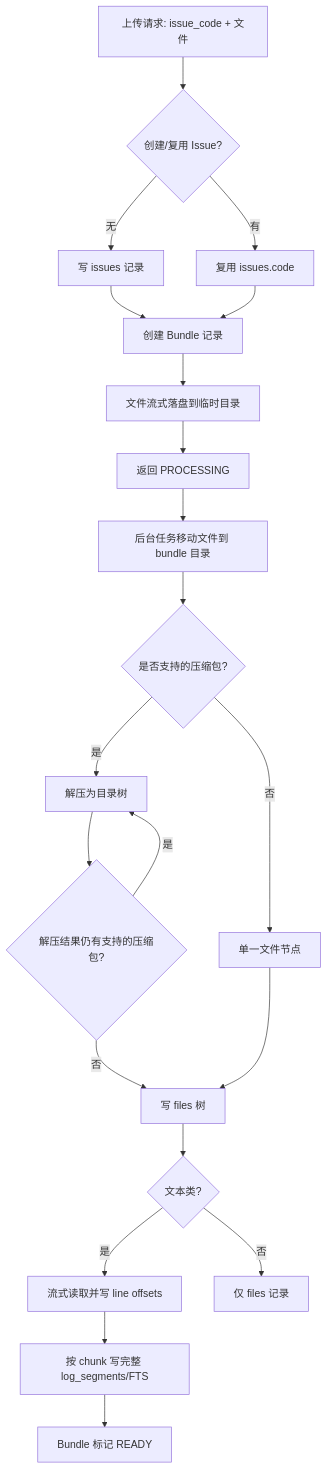
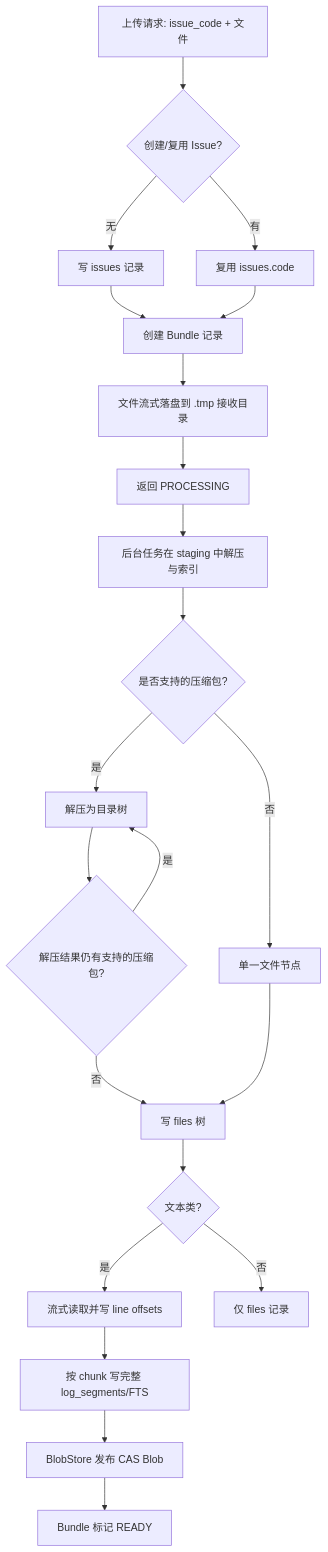
The diagram in doc/DB.md (SwartzMss/Rain), drawn with Mermaid before and after one commit. The commit also changed other lines of this file and 6 other files, not shown here.

````diff
--- a/doc/DB.md
+++ b/doc/DB.md
@@ -132,23 +132,24 @@
 ```mermaid
 flowchart TD
     A[上传请求: issue_code + 文件] --> B{创建/复用 Issue?}
     B -->|无| C[写 issues 记录]
     B -->|有| D[复用 issues.code]
     C --> E[创建 Bundle 记录]
     D --> E
-    E --> F[文件流式落盘到临时目录]
+    E --> F[文件流式落盘到 .tmp 接收目录]
     F --> G[返回 PROCESSING]
-    G --> H[后台任务移动文件到 bundle 目录]
+    G --> H[后台任务在 staging 中解压与索引]
     H --> I{是否支持的压缩包?}
     I -->|是| J[解压为目录树]
     I -->|否| K[单一文件节点]
     J --> J1{解压结果仍有支持的压缩包?}
     J1 -->|是| J
     J1 -->|否| L[写 files 树]
     K --> L
     L --> M{文本类?}
     M -->|是| N[流式读取并写 line offsets]
     M -->|否| O[仅 files 记录]
     N --> P[按 chunk 写完整 log_segments/FTS]
-    P --> R[Bundle 标记 READY]
+    P --> Q[BlobStore 发布 CAS Blob]
+    Q --> R[Bundle 标记 READY]
 ```
````
